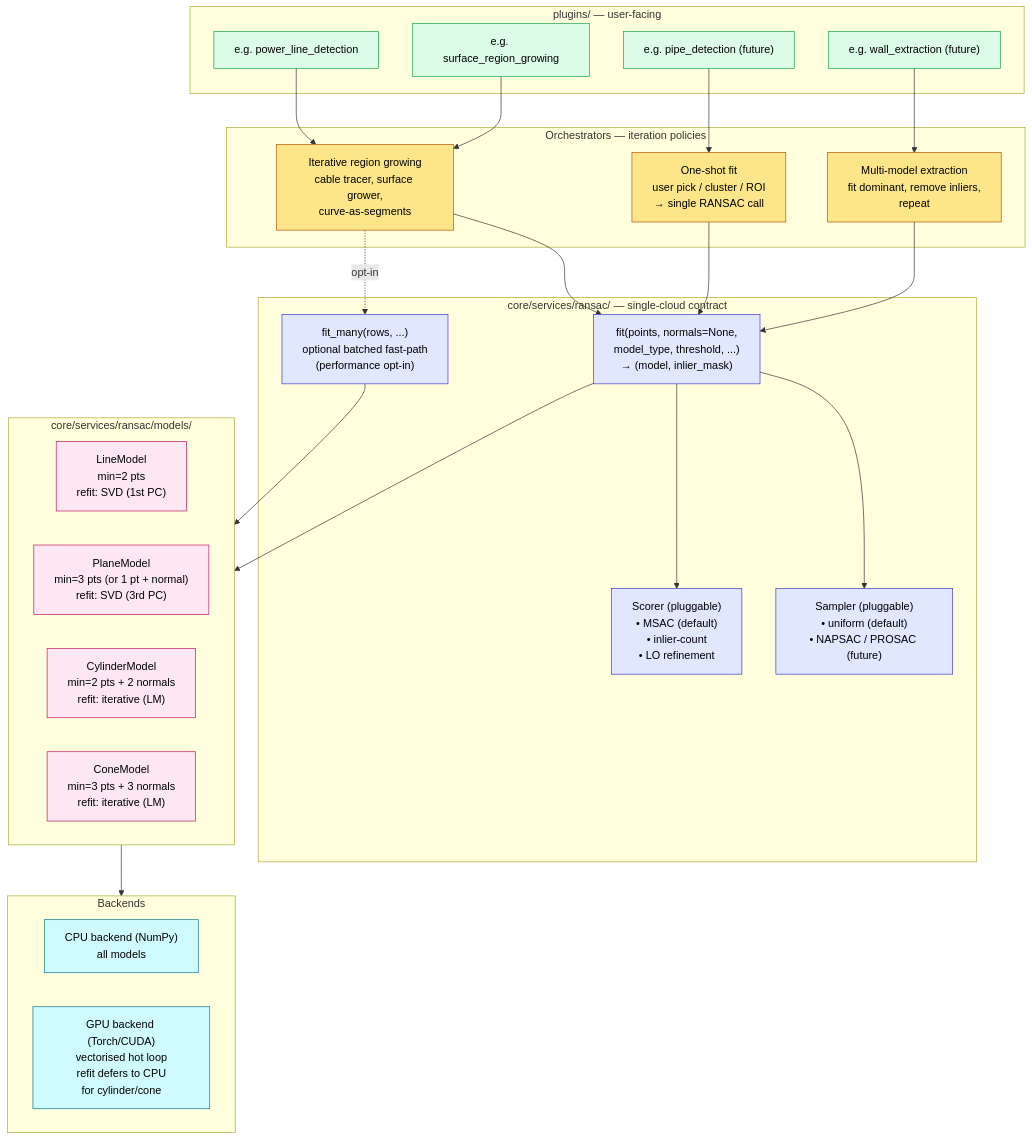
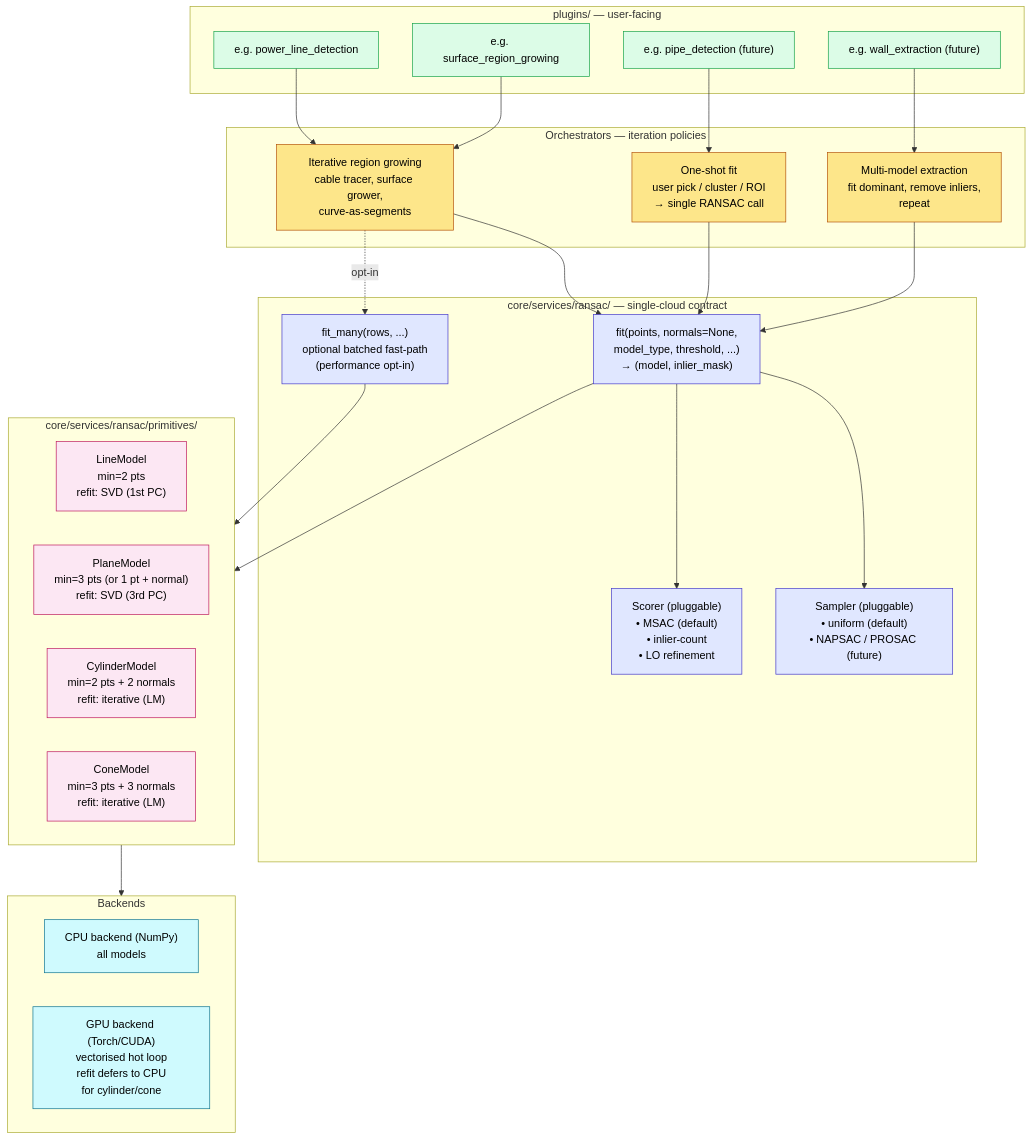
The second of 2 diagrams in core/services/RANSAC.md (Sepehr-Sobhani-AU/SPCToolkit), drawn with Mermaid before and after one commit. The commit also changed other lines of this file and 12 other files, not shown here.

````diff
--- a/core/services/RANSAC.md
+++ b/core/services/RANSAC.md
@@ -62,62 +62,62 @@
 ```mermaid
 graph TB
     subgraph Plugins["plugins/ — user-facing"]
         P1["e.g. power_line_detection"]
         P2["e.g. surface_region_growing"]
         P3["e.g. pipe_detection (future)"]
         P4["e.g. wall_extraction (future)"]
     end
 
     subgraph Orch["Orchestrators — iteration policies"]
         ONESHOT["One-shot fit<br/>user pick / cluster / ROI<br/>→ single RANSAC call"]
         GROW["Iterative region growing<br/>cable tracer, surface grower,<br/>curve-as-segments"]
         MULTI["Multi-model extraction<br/>fit dominant, remove inliers,<br/>repeat"]
     end
 
     subgraph Engine["core/services/ransac/ — single-cloud contract"]
         FIT["fit(points, normals=None,<br/>model_type, threshold, ...)<br/>→ (model, inlier_mask)"]
         FITMANY["fit_many(rows, ...)<br/>optional batched fast-path<br/>(performance opt-in)"]
         SAMPLER["Sampler (pluggable)<br/>• uniform (default)<br/>• NAPSAC / PROSAC (future)"]
         SCORER["Scorer (pluggable)<br/>• MSAC (default)<br/>• inlier-count<br/>• LO refinement"]
     end
 
-    subgraph Models["core/services/ransac/models/"]
+    subgraph Models["core/services/ransac/primitives/"]
         LINE["LineModel<br/>min=2 pts<br/>refit: SVD (1st PC)"]
         PLANE["PlaneModel<br/>min=3 pts (or 1 pt + normal)<br/>refit: SVD (3rd PC)"]
         CYL["CylinderModel<br/>min=2 pts + 2 normals<br/>refit: iterative (LM)"]
         CONE["ConeModel<br/>min=3 pts + 3 normals<br/>refit: iterative (LM)"]
     end
 
     subgraph Backends["Backends"]
         CPU["CPU backend (NumPy)<br/>all models"]
         GPU["GPU backend (Torch/CUDA)<br/>vectorised hot loop<br/>refit defers to CPU<br/>for cylinder/cone"]
     end
 
     P1 --> GROW
     P2 --> GROW
     P3 --> ONESHOT
     P4 --> MULTI
 
     ONESHOT --> FIT
     GROW --> FIT
     MULTI --> FIT
     GROW -.opt-in.-> FITMANY
 
     FIT --> SAMPLER
     FIT --> SCORER
     FIT --> Models
     FITMANY --> Models
     Models --> Backends
 
     classDef plugin fill:#dcfce7,stroke:#16a34a,color:#000
     classDef orch fill:#fde68a,stroke:#b45309,color:#000
     classDef engine fill:#e0e7ff,stroke:#4338ca,color:#000
     classDef model fill:#fce7f3,stroke:#be185d,color:#000
     classDef backend fill:#cffafe,stroke:#0e7490,color:#000
 
     class P1,P2,P3,P4 plugin
     class ONESHOT,GROW,MULTI orch
     class FIT,FITMANY,SAMPLER,SCORER engine
     class LINE,PLANE,CYL,CONE model
     class CPU,GPU backend
 ```
````
